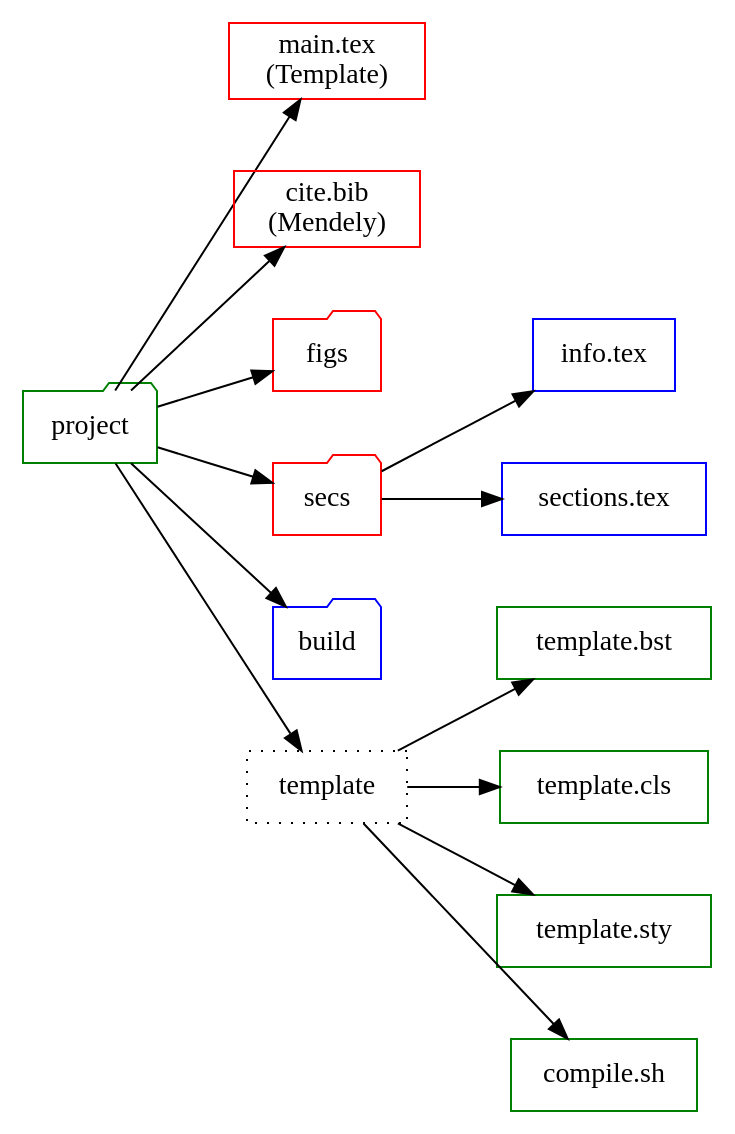
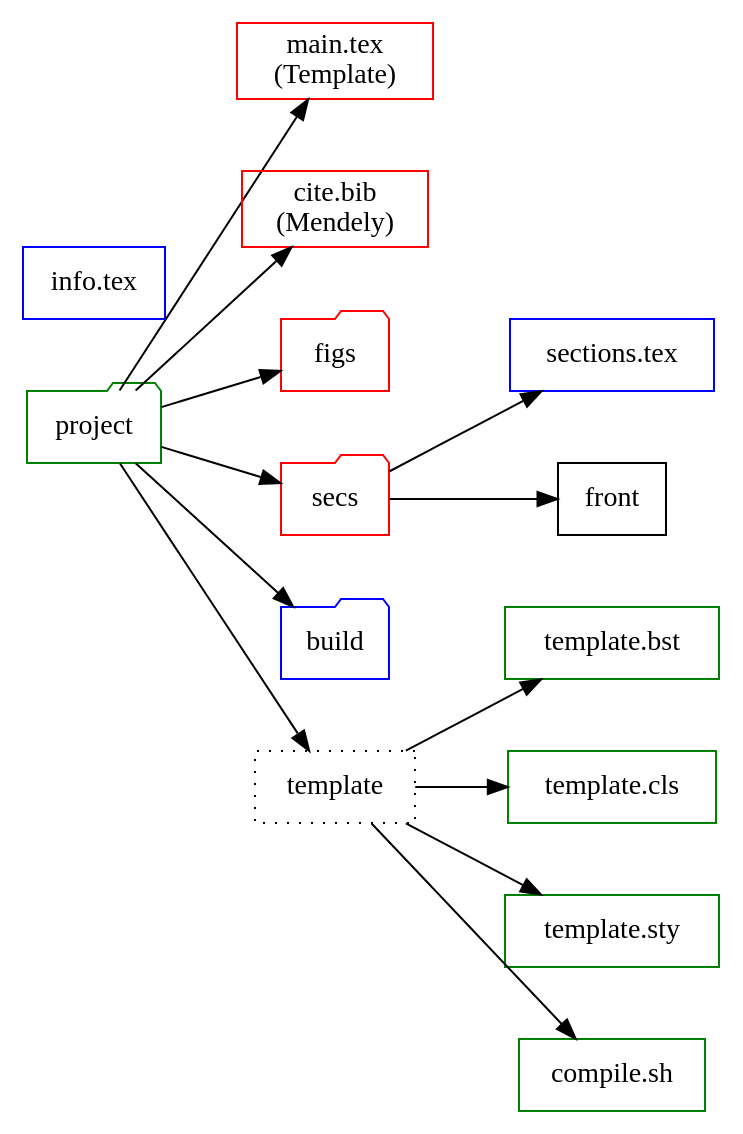
Before and after one commit to bwtian/texTemplate: the diagram in texTemplate.org, drawn with Graphviz.

Commit message:
/ ‘texTemplate.org’

```diff
--- a/texTemplate.org
+++ b/texTemplate.org
@@ -4,32 +4,32 @@
 #+BEGIN_SRC dot :file ./texTemplate.svg
   digraph {
   rankdir = LR
   fontname="Times";
   fontsize = 12;
   splines = false;
   ranksep = 0.5;
   nodesep = 0.5;
   node [shape = box]
   //1. set node
   proj [label = "project", color = green, shape="folder"]
   info [label = "info.tex", color = blue]
   secs [label = "sections.tex", color = blue]
   main [label = "main.tex \n (Template)", color = red]
   bib [label = "cite.bib \n (Mendely)", color = red]
   bst [label = "template.bst", color = green]
   cls [label = "template.cls", color = green]
   sty [label = "template.sty", color = green]
   fig [label = "figs", color=red, shape="folder"]
   sec [label = "secs", color=red, shape="folder"]
   build [label  = "build", color = blue, shape="folder"]
   gen [label = "compile.sh", color = green]
   temp [label = "template", style=dotted]
   //2. set path
 
   proj -> {fig sec main temp bib build}
   temp -> {cls, bst, sty, gen}
-  sec -> {info, secs}
+  sec -> {front, secs}
   //3. set rank
 
   }
 #+END_SRC
```
